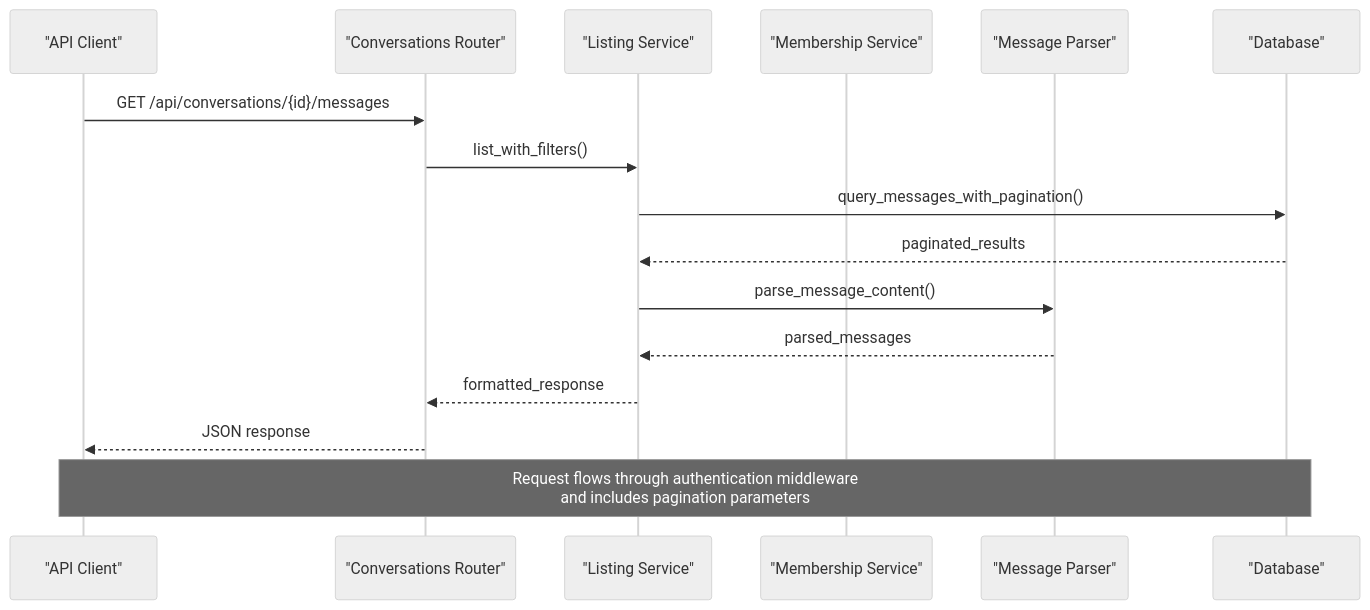
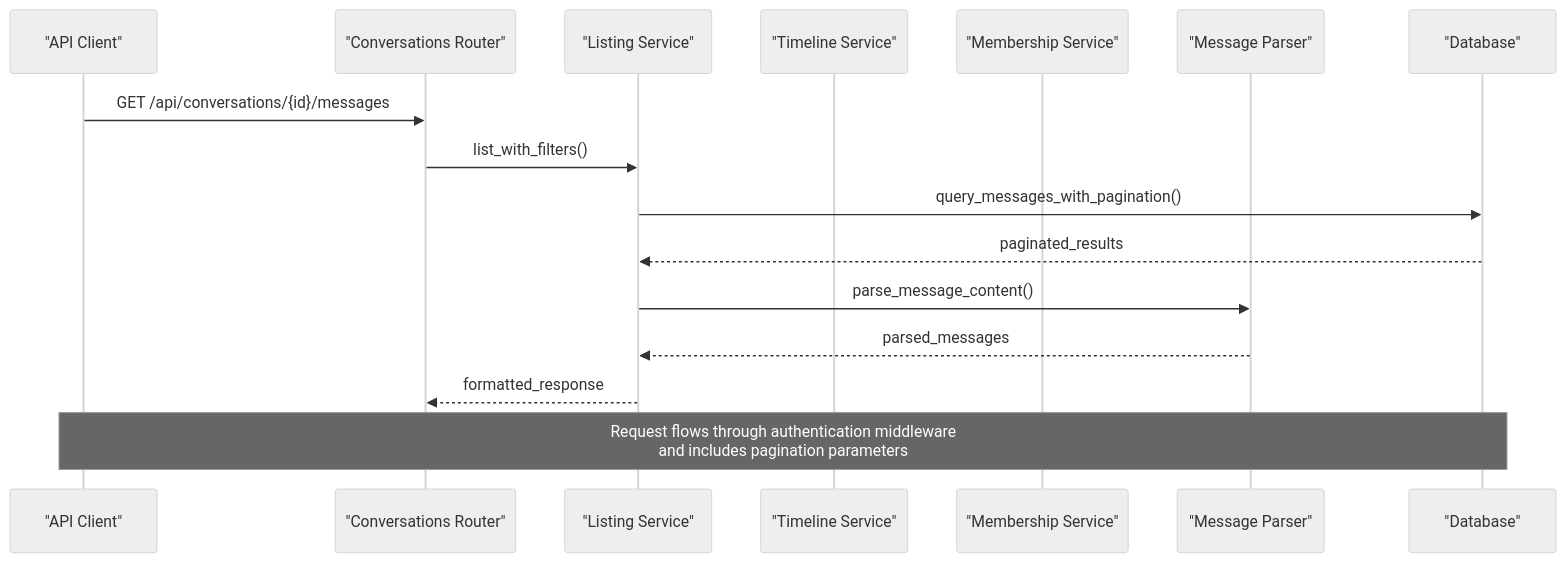
Before and after one commit to zuohaisu/wecom-archive: the second of 3 diagrams in .qoder/repowiki/en/content/API Reference/Conversations API.md, drawn with Mermaid (neutral theme). The commit also changed other lines of this file and 109 other files, not shown here.

Commit message:
RND-221 提取统一 Media Access Service 与 Router

````diff
--- a/.qoder/repowiki/en/content/API Reference/Conversations API.md
+++ b/.qoder/repowiki/en/content/API Reference/Conversations API.md
@@ -136,18 +147,18 @@
 ```mermaid
 sequenceDiagram
 participant Client as "API Client"
 participant Router as "Conversations Router"
 participant ListingService as "Listing Service"
+participant TimelineService as "Timeline Service"
 participant MembershipService as "Membership Service"
 participant Parser as "Message Parser"
 participant DB as "Database"
 Client->>Router : GET /api/conversations/{id}/messages
 Router->>ListingService : list_with_filters()
 ListingService->>DB : query_messages_with_pagination()
 DB-->>ListingService : paginated_results
 ListingService->>Parser : parse_message_content()
 Parser-->>ListingService : parsed_messages
 ListingService-->>Router : formatted_response
-Router-->>Client : JSON response
 Note over Client,DB : Request flows through authentication middleware<br/>and includes pagination parameters
 ```
````
